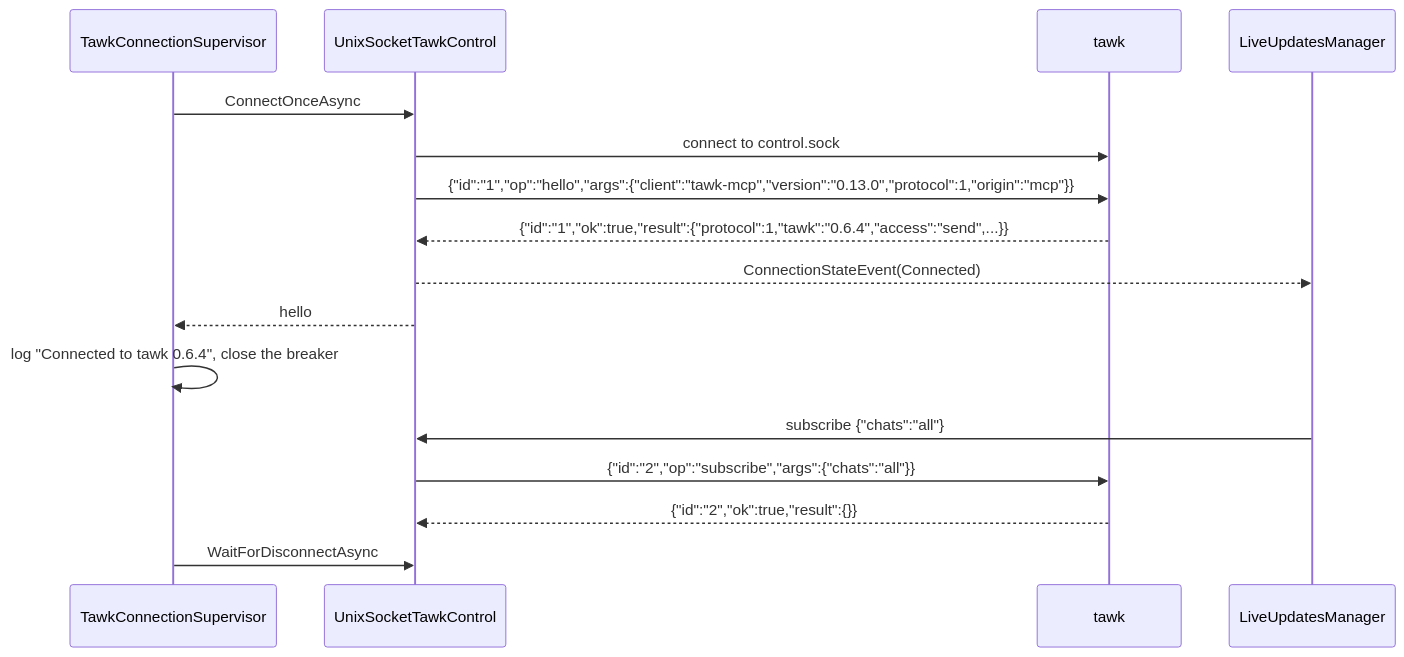
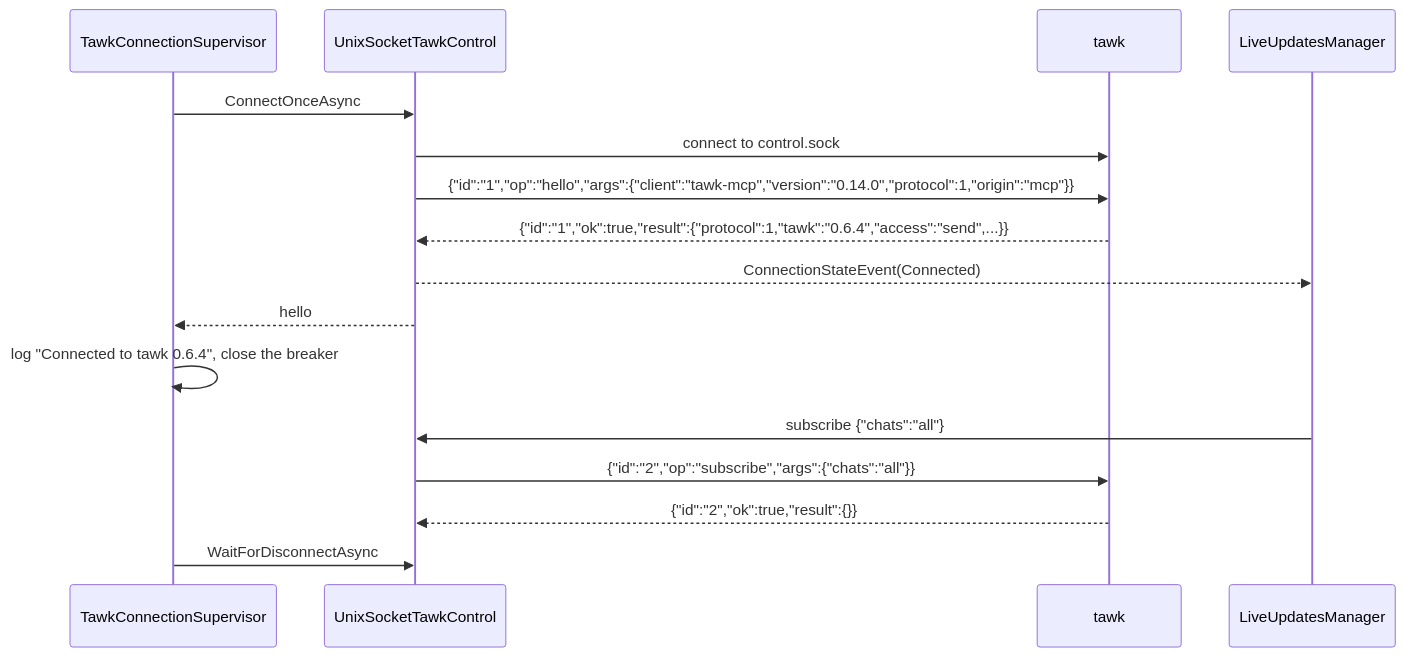
Before and after one commit to loganventer/Corvus.Mcp.Server.Tawk: the first of 14 diagrams in HOW_IT_WORKS.md, drawn with Mermaid. The commit also changed 16 other files, not shown here.

````diff
--- a/HOW_IT_WORKS.md
+++ b/HOW_IT_WORKS.md
@@ -31,19 +31,19 @@
 ```mermaid
 sequenceDiagram
     participant S as TawkConnectionSupervisor
     participant C as UnixSocketTawkControl
     participant T as tawk
     participant L as LiveUpdatesManager
 
     S->>C: ConnectOnceAsync
     C->>T: connect to control.sock
-    C->>T: {"id":"1","op":"hello","args":{"client":"tawk-mcp","version":"0.13.0","protocol":1,"origin":"mcp"}}
+    C->>T: {"id":"1","op":"hello","args":{"client":"tawk-mcp","version":"0.14.0","protocol":1,"origin":"mcp"}}
     T-->>C: {"id":"1","ok":true,"result":{"protocol":1,"tawk":"0.6.4","access":"send",...}}
     C-->>L: ConnectionStateEvent(Connected)
     C-->>S: hello
     S->>S: log "Connected to tawk 0.6.4", close the breaker
     L->>C: subscribe {"chats":"all"}
     C->>T: {"id":"2","op":"subscribe","args":{"chats":"all"}}
     T-->>C: {"id":"2","ok":true,"result":{}}
     S->>C: WaitForDisconnectAsync
 ```
````
